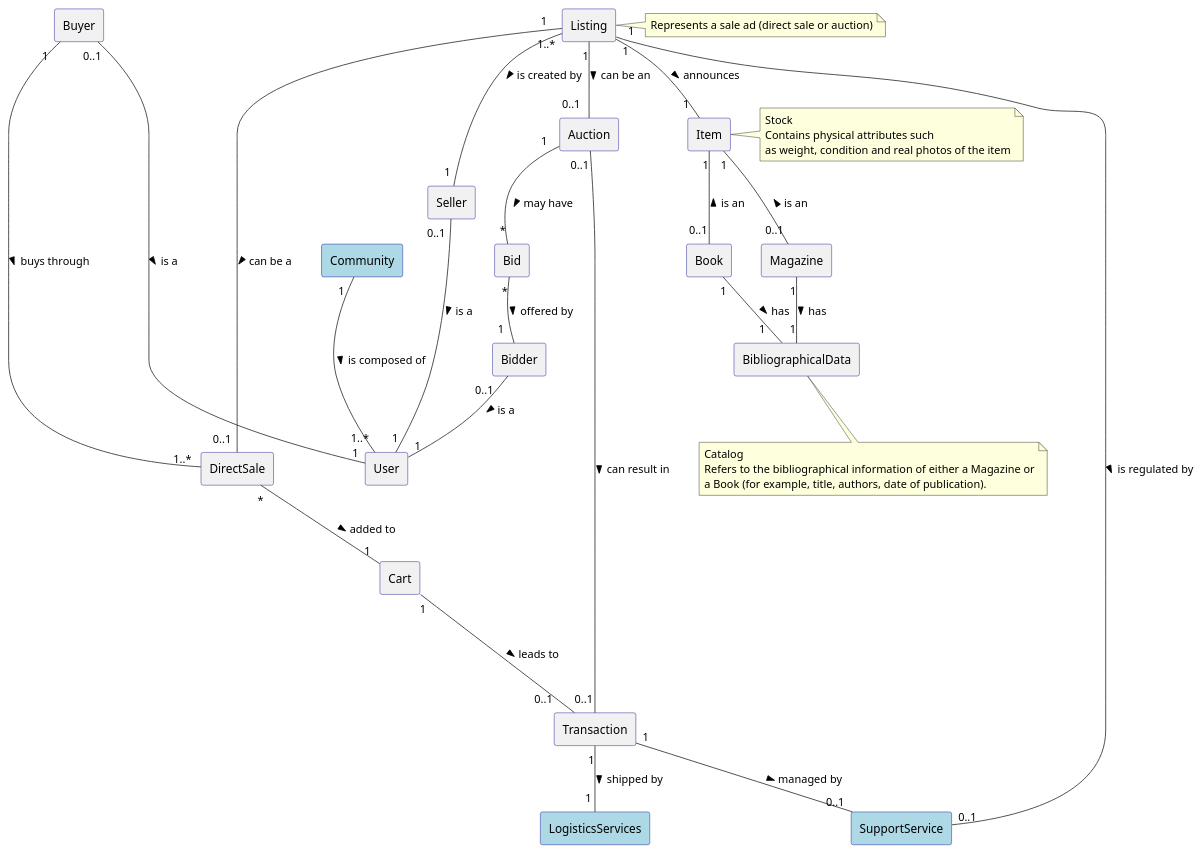
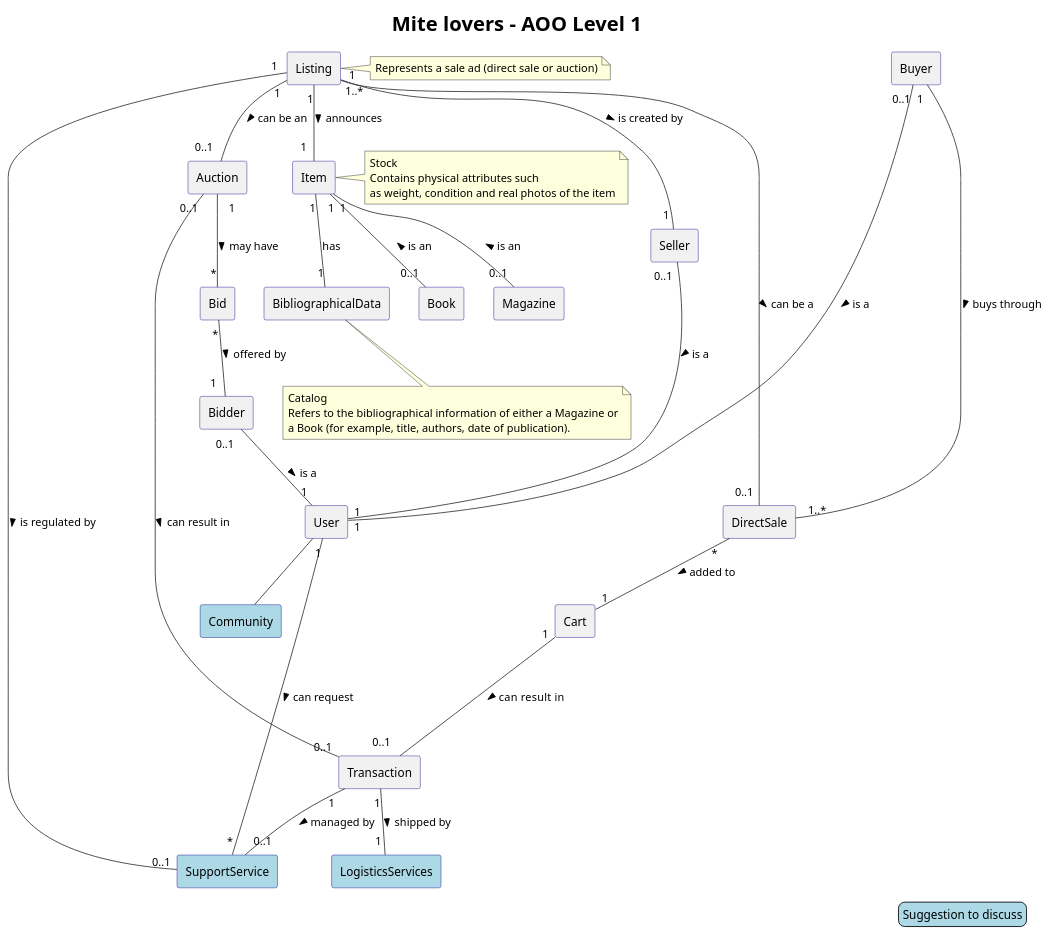
The diagram in DomainModel/versao2.puml (davidmarqq/MainProject_SWitCH), drawn with PlantUML before and after one commit. The commit also changed 2 other files, not shown here.

```diff
--- a/DomainModel/versao2.puml
+++ b/DomainModel/versao2.puml
@@ -1,105 +1,124 @@
 @startuml
 'https://plantuml.com/class-diagram
+
+title Mite lovers - AOO Level 1
+skinparam title {
+  FontSize 24
+}
+
 
 skinparam ArrowColor #333
 skinparam ClassBackgroundColor #DDDDFF
 skinparam ClassBorderColor #0000FF
 skinparam Shadowing false
 skinparam componentStyle rectangle
 skinparam componentBorderColor DarkBlue
 skinparam component<<highlight>> {
     BackgroundColor LightBlue
 }
+skinparam legend {
+  BackgroundColor LightBlue
+  FontSize 14
+}
+
+legend right
+ Suggestion to discuss
+end legend
 
 
 Listing "1" -- "              0..1" Auction : > can be an
 Listing "  1   " --- "  0..1 " DirectSale : > can be a
 Listing "1..*" -- "       1" Seller : > is created by
 Listing "1" -- " 1  " Item : > announces
 
 note as L
     Represents a sale ad (direct sale or auction)
     end note
 
 Listing -> L
 
 Item "1" -- "0..1" Book : < is an
 Item "1" -- "0..1" Magazine : < is an
+Item "1" -- "1" BibliographicalData : has
 
 note as N
     Catalog
     Refers to the bibliographical information of either a Magazine or
     a Book (for example, title, authors, date of publication).
     end note
 
 BibliographicalData --> N
 
 note as S
     Stock
     Contains physical attributes such
     as weight, condition and real photos of the item
     end note
 
 Item - S
 
-Book "1" -- "                            1" BibliographicalData : > has
-Magazine "1" -- "1" BibliographicalData : > has
+
+
 
 Buyer "1  " ----- "  1..* " DirectSale : > buys through
-Cart "1" --- "0..1    " Transaction : > leads to
+Cart "1" --- "0..1    " Transaction : > can result  in
 DirectSale "        *" -- "1 " Cart : > added to
 
 
 Auction "   1  " -- "*" Bid : > may have
 Auction "0..1" -- "0..1" Transaction : > can result in
 Bid "*" -- "                  1" Bidder : > offered by
 
 Transaction "1" -- "1 " LogisticsServices : > shipped by
 Transaction "1" -- "0..1" SupportService : > managed by
 
 Listing "  1 " --------- "0..1" SupportService : > is regulated by
 
-Community "1  " --- "1..*" User : > is composed of
-
+/'Community "1  " --- "1..*" User : > is composed of'/
+User -- Community
 Bidder "0..1   " -- "1" User : > is a
 
 Seller "0..1 " -- "1" User : > is a
 Buyer "0..1" - "1" User : > is a
 
+User "1" -- "*" SupportService : > can request
 
 component Listing {
 }
 component Item {
 }
 component BibliographicalData {
 }
 component Seller {
 }
 component Buyer {
 }
 component Bidder {
 }
 component Bid {
 }
 component Cart {
 }
 component DirectSale {
 }
 component Transaction {
 }
 component LogisticsServices #LightBlue {
 }
 component SupportService #LightBlue{
 }
 component Community #LightBlue {
 }
 component Book{
 }
 component Magazine{
 }
 component Auction {
 }
 component User {
 }
 
+
+
+
 @enduml
```
